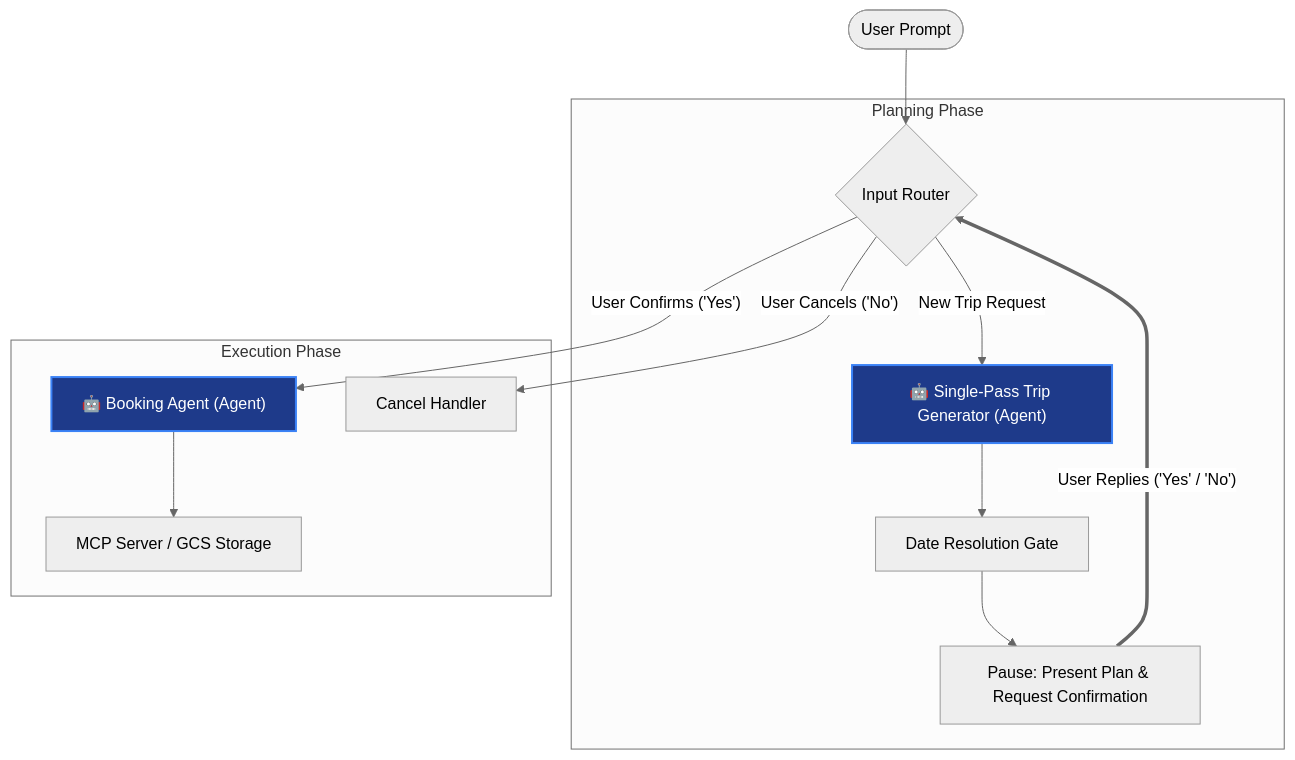
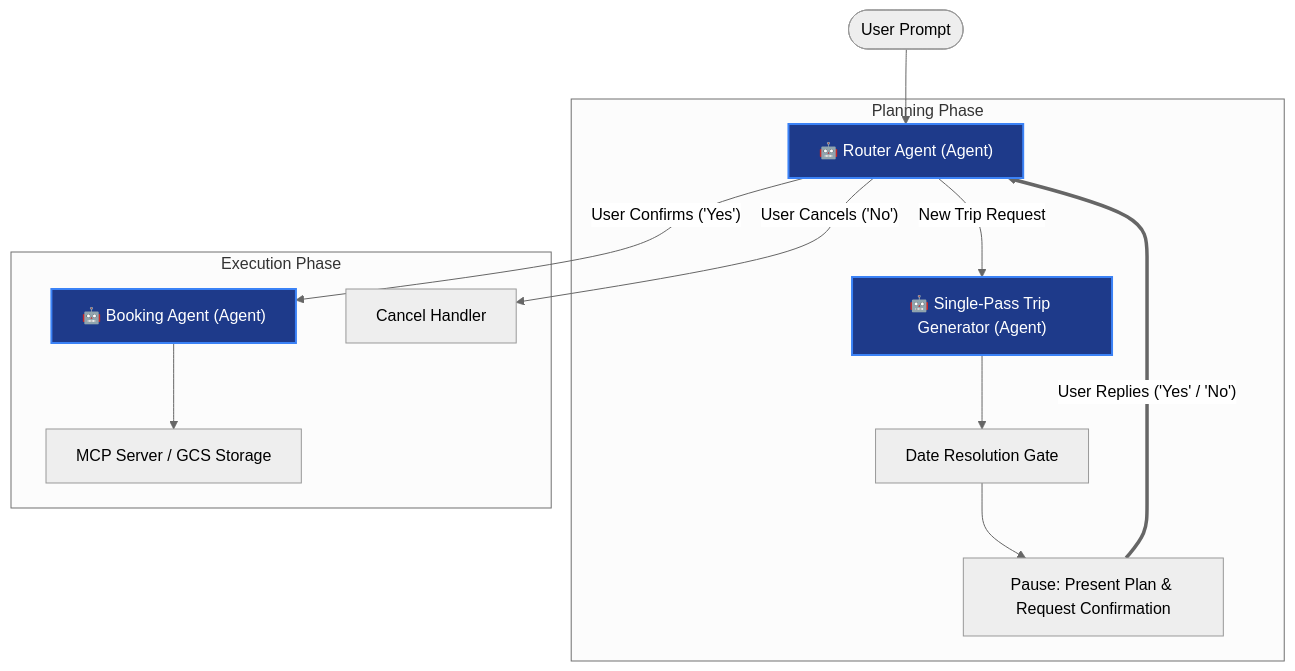
Before and after one commit to rtannenbaum/agentic-trip-planner: the diagram in README.md, drawn with Mermaid (neutral theme).

Commit message:
fix arch diagram

````diff
--- a/README.md
+++ b/README.md
@@ -86,21 +86,21 @@
 ```mermaid
 graph TD
-    User([User Prompt]) --> Router{Input Router}
+    User([User Prompt]) --> Router["🤖 Router Agent (Agent)"]:::agentStyle
     
     subgraph Planning Phase
         Router -- "New Trip Request" --> TripGen["🤖 Single-Pass Trip Generator (Agent)"]:::agentStyle
         TripGen --> DateGate[Date Resolution Gate]
         DateGate --> Pause[Pause: Present Plan & Request Confirmation]
     end
     
     subgraph Execution Phase
         Router -- "User Confirms ('Yes')" --> BookAgent["🤖 Booking Agent (Agent)"]:::agentStyle
         Router -- "User Cancels ('No')" --> Cancel[Cancel Handler]
         
         BookAgent --> MCP[MCP Server / GCS Storage]
     end
     
     Pause == "User Replies ('Yes' / 'No')" ==> Router
 
     classDef agentStyle fill:#1e3a8a,stroke:#3b82f6,color:#ffffff,stroke-width:2px;
 ```
````
